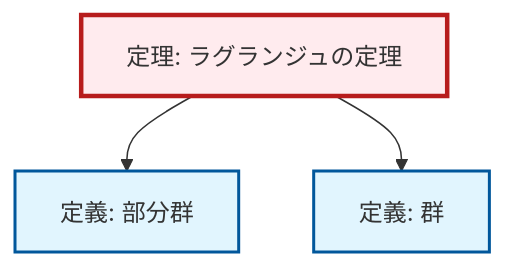
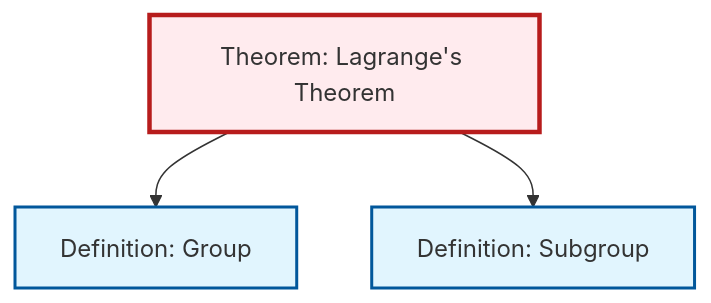
One commit to RK0429/ModernMath changed the diagram in content/ja/algebra/thm-lagrange.qmd. Above: the diagram before and after it, drawn with Mermaid. The commit also changed 203 other files, not shown here.

````diff
--- a/content/ja/algebra/thm-lagrange.qmd
+++ b/content/ja/algebra/thm-lagrange.qmd
@@ -41,18 +41,15 @@
 ```{mermaid}
-%%| fig-cap: "局所的な依存関係グラフ"
+%%| fig-cap: "Local dependency graph"
 graph TD
     classDef definition fill:#e1f5fe,stroke:#01579b,stroke-width:2px
     classDef theorem fill:#f3e5f5,stroke:#4a148c,stroke-width:2px
     classDef axiom fill:#fff3e0,stroke:#e65100,stroke-width:2px
     classDef example fill:#e8f5e9,stroke:#1b5e20,stroke-width:2px
     classDef current fill:#ffebee,stroke:#b71c1c,stroke-width:3px
-    def-subgroup["定義: 部分群"]:::definition
-    thm-lagrange["定理: ラグランジュの定理"]:::theorem
-    def-group["定義: 群"]:::definition
+    def-group["Definition: Group"]:::definition
+    thm-lagrange["Theorem: Lagrange's Theorem"]:::theorem
+    def-subgroup["Definition: Subgroup"]:::definition
+    thm-lagrange --> def-group
     thm-lagrange --> def-subgroup
-    thm-lagrange --> def-group
     class thm-lagrange current
-
-    click def-subgroup "def-subgroup.html" "Go to 定義: 部分群"
-    click def-group "def-group.html" "Go to 定義: 群"
 ```
````
